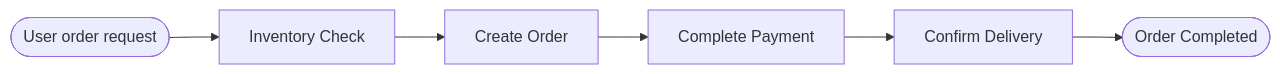
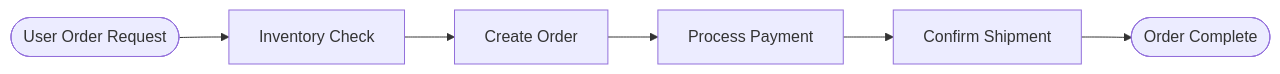
Before and after one commit to TBice123123/langchain-dev-utils: the first of 3 diagrams in docs/en/adavance-guide/graph.md, drawn with Mermaid. The commit also changed other lines of this file and 21 other files, not shown here.

````diff
--- a/docs/en/adavance-guide/graph.md
+++ b/docs/en/adavance-guide/graph.md
@@ -26,11 +26,11 @@
 ```mermaid
 graph LR
-    Start([User order request])
+    Start([User Order Request])
     Inv[Inventory Check]
     Ord[Create Order]
-    Pay[Complete Payment]
-    Del[Confirm Delivery]
-    End([Order Completed])
+    Pay[Process Payment]
+    Del[Confirm Shipment]
+    End([Order Complete])
 
     Start --> Inv --> Ord --> Pay --> Del --> End
 ```
````
